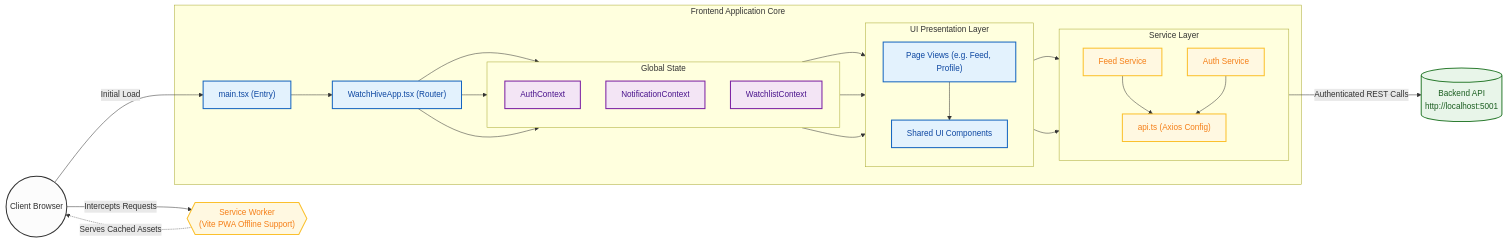
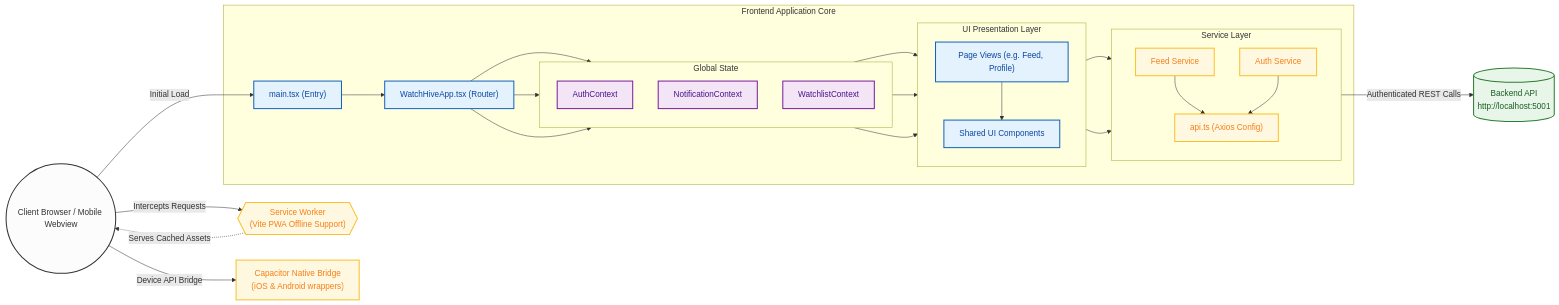
The first of 3 diagrams in architecture.md (dasamantaraoaditya/WatchHive-Frontend), drawn with Mermaid before and after one commit. The commit also changed other lines of this file, not shown here.

Commit message:
docs: update architecture documentation to include Capacitor native wrapping and offline sync flows

````diff
--- a/architecture.md
+++ b/architecture.md
@@ -32,66 +35,68 @@
 ```mermaid
 graph LR
     %% Style Definitions for visual clarity
     classDef clientNode fill:#fcfcfc,stroke:#333,stroke-width:2px,color:#333;
     classDef reactNode fill:#e3f2fd,stroke:#1565c0,stroke-width:2px,color:#0d47a1;
     classDef stateNode fill:#f3e5f5,stroke:#7b1fa2,stroke-width:2px,color:#4a148c;
     classDef serviceNode fill:#fff8e1,stroke:#fbc02d,stroke-width:2px,color:#f57f17;
     classDef backendNode fill:#e8f5e9,stroke:#2e7d32,stroke-width:2px,color:#1b5e20;
 
-    Client((Client Browser)):::clientNode
+    Client((Client Browser / Mobile Webview)):::clientNode
 
     subgraph "Frontend Application Core"
         Main["main.tsx (Entry)"]:::reactNode
         Router["WatchHiveApp.tsx (Router)"]:::reactNode
         
         subgraph "Global State"
             direction TB
             AuthCtx["AuthContext"]:::stateNode
             NotifCtx["NotificationContext"]:::stateNode
             WatchCtx["WatchlistContext"]:::stateNode
         end
         
         subgraph "UI Presentation Layer"
             direction TB
             Pages["Page Views (e.g. Feed, Profile)"]:::reactNode
             Comps["Shared UI Components"]:::reactNode
         end
 
         subgraph "Service Layer"
             direction TB
             AuthSvc["Auth Service"]:::serviceNode
             FeedSvc["Feed Service"]:::serviceNode
             AxiosClient["api.ts (Axios Config)"]:::serviceNode
         end
     end
 
     Backend[("Backend API<br/>http://localhost:5001")]:::backendNode
     SW{{"Service Worker<br/>(Vite PWA Offline Support)"}}:::serviceNode
+    Cap["Capacitor Native Bridge<br/>(iOS & Android wrappers)"]:::serviceNode
 
     %% Core Data Flow Lines
     Client -->|Initial Load| Main
     Client -->|Intercepts Requests| SW
     SW -.->|Serves Cached Assets| Client
+    Client -->|Device API Bridge| Cap
 
     Main --> Router
     Router --> AuthCtx
     Router --> NotifCtx
     Router --> WatchCtx
 
     AuthCtx & NotifCtx & WatchCtx --> Pages
     Pages --> Comps
     Pages --> FeedSvc
     Pages --> AuthSvc
     
     FeedSvc & AuthSvc --> AxiosClient
     AxiosClient -->|Authenticated REST Calls| Backend
 
     %% Adding Interactive Links
     click Main "src/main.tsx" "Open main.tsx"
     click Router "src/watchhive/WatchHiveApp.tsx" "Open Router Definition"
     click AuthCtx "src/watchhive/contexts/AuthContext.tsx" "Open Auth Context"
     click NotifCtx "src/watchhive/contexts/NotificationContext.tsx" "Open Notification Context"
     click AxiosClient "src/watchhive/services/api.ts" "Open Axios Setup"
     click AuthSvc "src/watchhive/services/authService.ts" "Open Auth Service"
     click FeedSvc "src/watchhive/services/feed.service.ts" "Open Feed Service"
 ```
````
